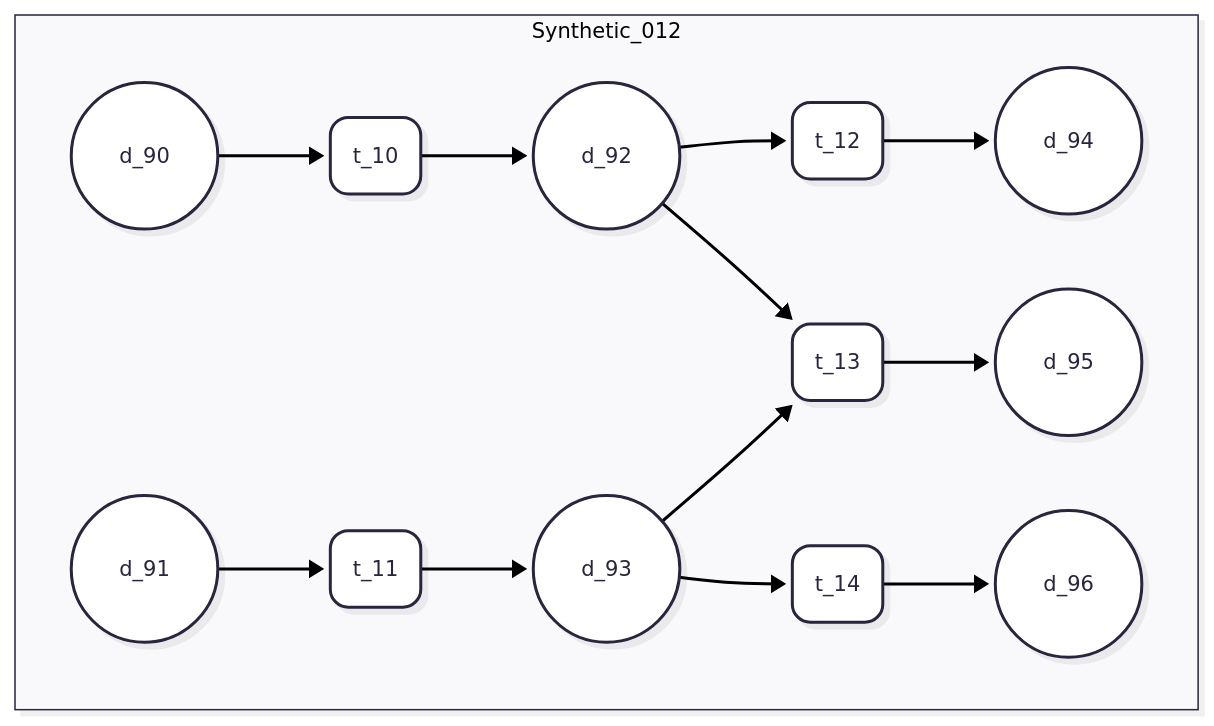
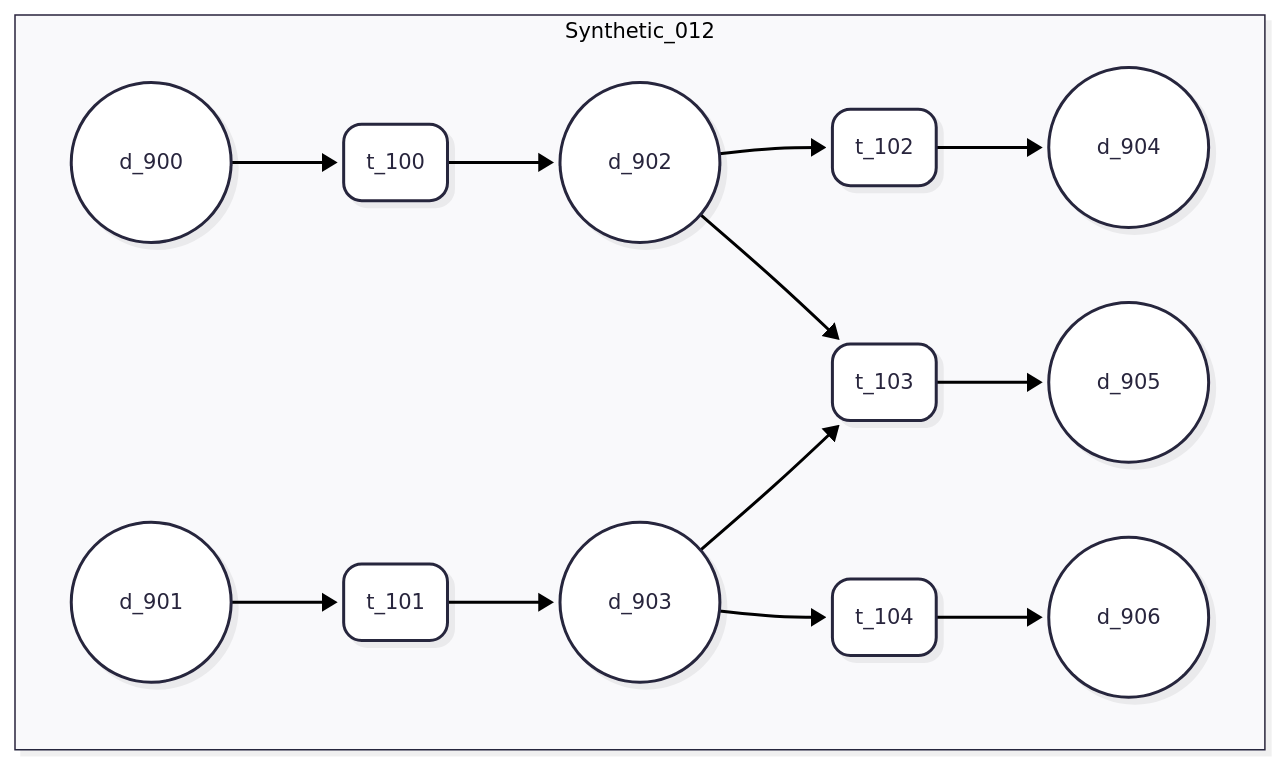
One commit to UFFeScience/denethor changed the diagram in resources/data/instance_files/synthetic/synthetic_user_defined/mermaid/Synthetic_012.mermaid. Above: the diagram before and after it, drawn with Mermaid. The commit also changed 36 other files, not shown here.

```diff
--- a/resources/data/instance_files/synthetic/synthetic_user_defined/mermaid/Synthetic_012.mermaid
+++ b/resources/data/instance_files/synthetic/synthetic_user_defined/mermaid/Synthetic_012.mermaid
@@ -1,31 +1,33 @@
 ---
 config:
   layout: dagre
   theme: redux
   look: neo
+notes: |
+  PATTERN: Map, Split, Merge
 ---
 flowchart LR
  subgraph Synthetic_12["Synthetic_012"]
     direction LR
-        S12_d0(("d_90"))
-        S12_d1(("d_91"))
-        S12_d2(("d_92"))
-        S12_d3(("d_93"))
-        S12_d4(("d_94"))
-        S12_d5(("d_95"))
-        S12_d6(("d_96"))
-        S12_t0("t_10")
-        S12_t1("t_11")
-        S12_t2("t_12")
-        S12_t3("t_13")
-        S12_t4("t_14")
+        S12_d0(("d_900"))
+        S12_d1(("d_901"))
+        S12_d2(("d_902"))
+        S12_d3(("d_903"))
+        S12_d4(("d_904"))
+        S12_d5(("d_905"))
+        S12_d6(("d_906"))
+        S12_t0("t_100")
+        S12_t1("t_101")
+        S12_t2("t_102")
+        S12_t3("t_103")
+        S12_t4("t_104")
   end
     S12_d0 --> S12_t0
     S12_d1 --> S12_t1
     S12_d2 --> S12_t2 & S12_t3
     S12_d3 --> S12_t3 & S12_t4
     S12_t0 --> S12_d2
     S12_t1 --> S12_d3
     S12_t2 --> S12_d4
     S12_t3 --> S12_d5
     S12_t4 --> S12_d6
```
